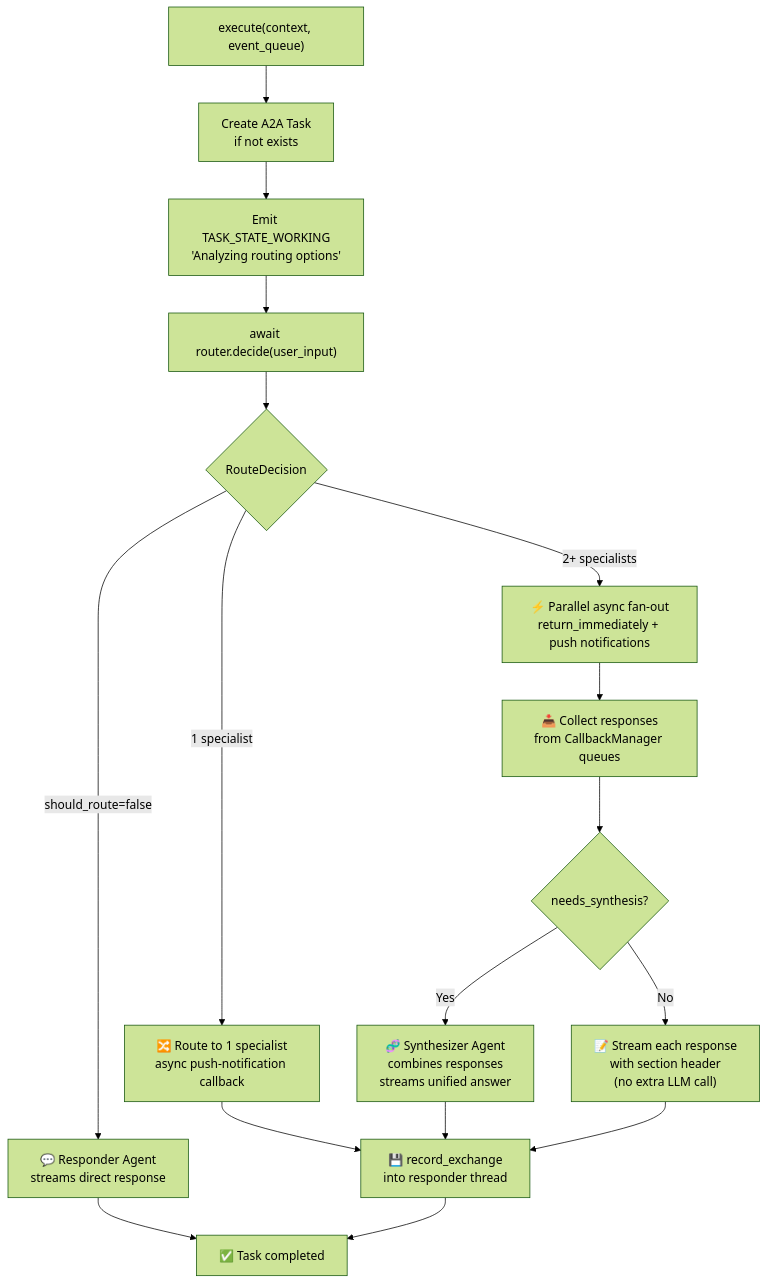
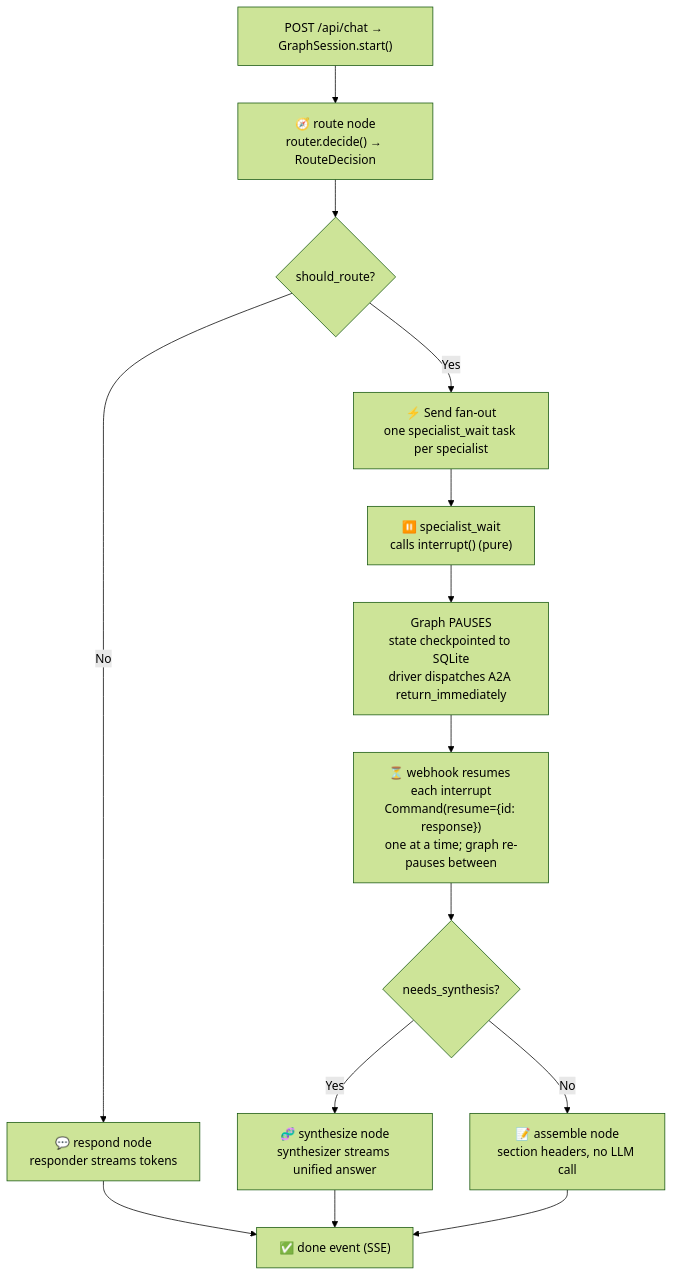
The second of 5 diagrams in docs/architecture.md (chandra447/nimbus-chat), drawn with Mermaid (forest theme) before and after one commit. The commit also changed other lines of this file and 4 other files, not shown here.

First line of the commit message:
Update docs for LangGraph StateGraph + interrupt + plain SSE architecture

````diff
--- a/docs/architecture.md
+++ b/docs/architecture.md
@@ -83,21 +89,16 @@
 ```mermaid
 flowchart TD
-    Start["execute(context, event_queue)"] --> CreateTask["Create A2A Task<br/>if not exists"]
-    CreateTask --> StartWork["Emit TASK_STATE_WORKING<br/>'Analyzing routing options'"]
-    StartWork --> Route["await router.decide(user_input)"]
-    Route --> Decision{"RouteDecision"}
-
-    Decision -->|should_route=false| Direct["💬 Responder Agent<br/>streams direct response"]
-    Decision -->|1 specialist| Single["🔀 Route to 1 specialist<br/>async push-notification callback"]
-    Decision -->|2+ specialists| FanOut["⚡ Parallel async fan-out<br/>return_immediately + push notifications"]
-
-    FanOut --> Collect["📥 Collect responses<br/>from CallbackManager queues"]
-    Collect --> SynthCheck{"needs_synthesis?"}
-    SynthCheck -->|Yes| Synth["🧬 Synthesizer Agent<br/>combines responses<br/>streams unified answer"]
-    SynthCheck -->|No| Sections["📝 Stream each response<br/>with section header<br/>(no extra LLM call)"]
-    Single --> Record["💾 record_exchange<br/>into responder thread"]
-    Synth --> Record
-    Sections --> Record
-    Direct --> Done["✅ Task completed"]
-    Record --> Done
+    Start["POST /api/chat → GraphSession.start()"] --> Route["🧭 route node<br/>router.decide() → RouteDecision"]
+    Route --> Decide{"should_route?"}
+    Decide -->|No| Respond["💬 respond node<br/>responder streams tokens"]
+    Decide -->|Yes| Send["⚡ Send fan-out<br/>one specialist_wait task per specialist"]
+    Send --> SW["⏸️ specialist_wait<br/>calls interrupt() (pure)"]
+    SW --> Pause["Graph PAUSES<br/>state checkpointed to SQLite<br/>driver dispatches A2A return_immediately"]
+    Pause --> Resume["⏳ webhook resumes each interrupt<br/>Command(resume={id: response})<br/>one at a time; graph re-pauses between"]
+    Resume --> After{"needs_synthesis?"}
+    After -->|Yes| Synth["🧬 synthesize node<br/>synthesizer streams unified answer"]
+    After -->|No| Assemble["📝 assemble node<br/>section headers, no LLM call"]
+    Respond --> Done["✅ done event (SSE)"]
+    Synth --> Done
+    Assemble --> Done
 ```
````
